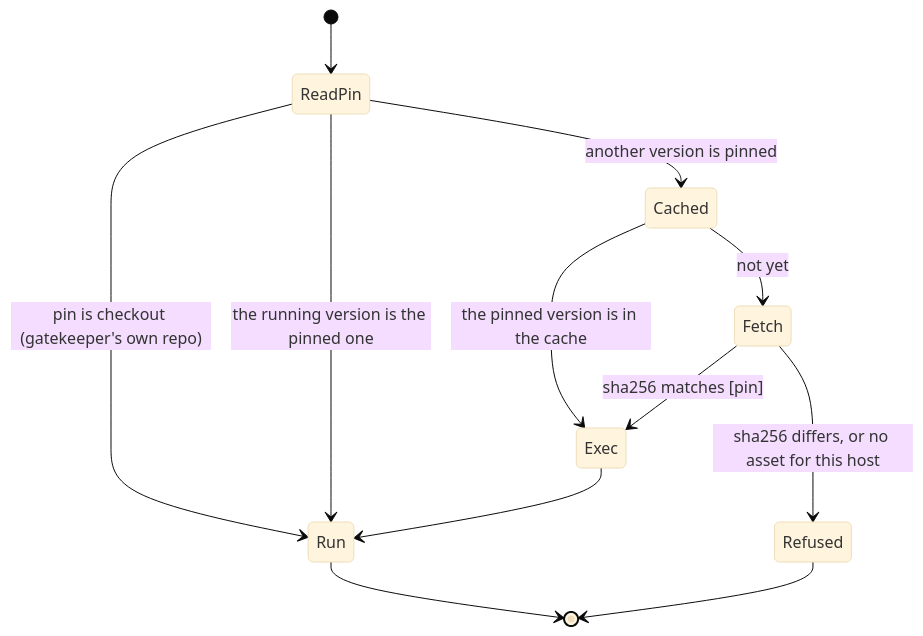
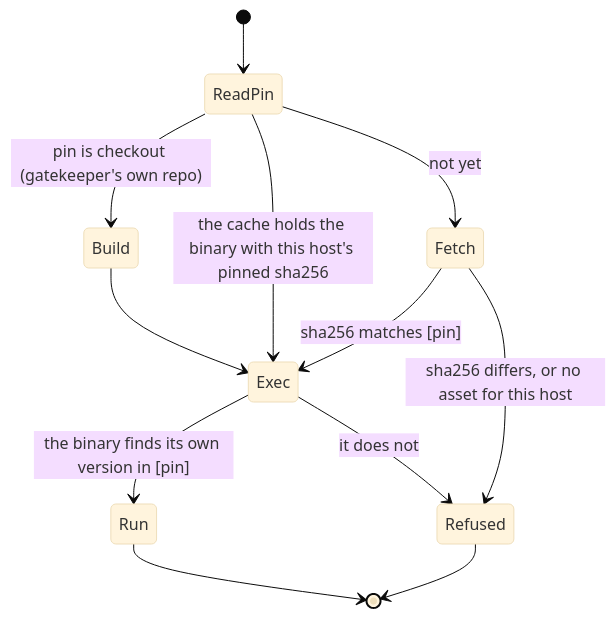
The second of 4 diagrams in docs/architecture/gatekeeper/boundaries.md (jirathip-dev/gatekeeper), drawn with Mermaid (base theme) before and after one commit. The commit also changed other lines of this file and 6 other files, not shown here.

````diff
--- a/docs/architecture/gatekeeper/boundaries.md
+++ b/docs/architecture/gatekeeper/boundaries.md
@@ -77,14 +90,14 @@
 ```mermaid
 stateDiagram-v2
     [*] --> ReadPin
-    ReadPin --> Run: pin is checkout (gatekeeper's own repo)
-    ReadPin --> Run: the running version is the pinned one
-    ReadPin --> Cached: another version is pinned
-    Cached --> Exec: the pinned version is in the cache
-    Cached --> Fetch: not yet
+    ReadPin --> Build: pin is checkout (gatekeeper's own repo)
+    Build --> Exec
+    ReadPin --> Exec: the cache holds the binary with this host's pinned sha256
+    ReadPin --> Fetch: not yet
     Fetch --> Exec: sha256 matches [pin]
     Fetch --> Refused: sha256 differs, or no asset for this host
-    Exec --> Run
+    Exec --> Run: the binary finds its own version in [pin]
+    Exec --> Refused: it does not
     Run --> [*]
     Refused --> [*]
 ```
````
